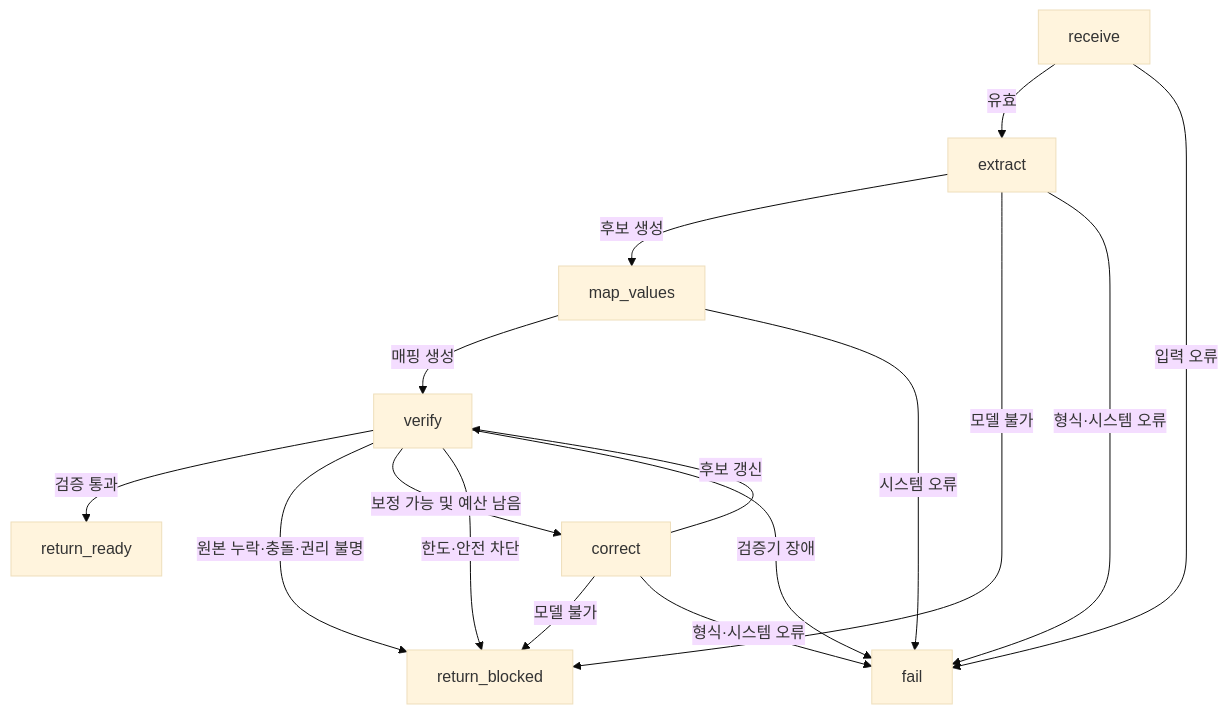
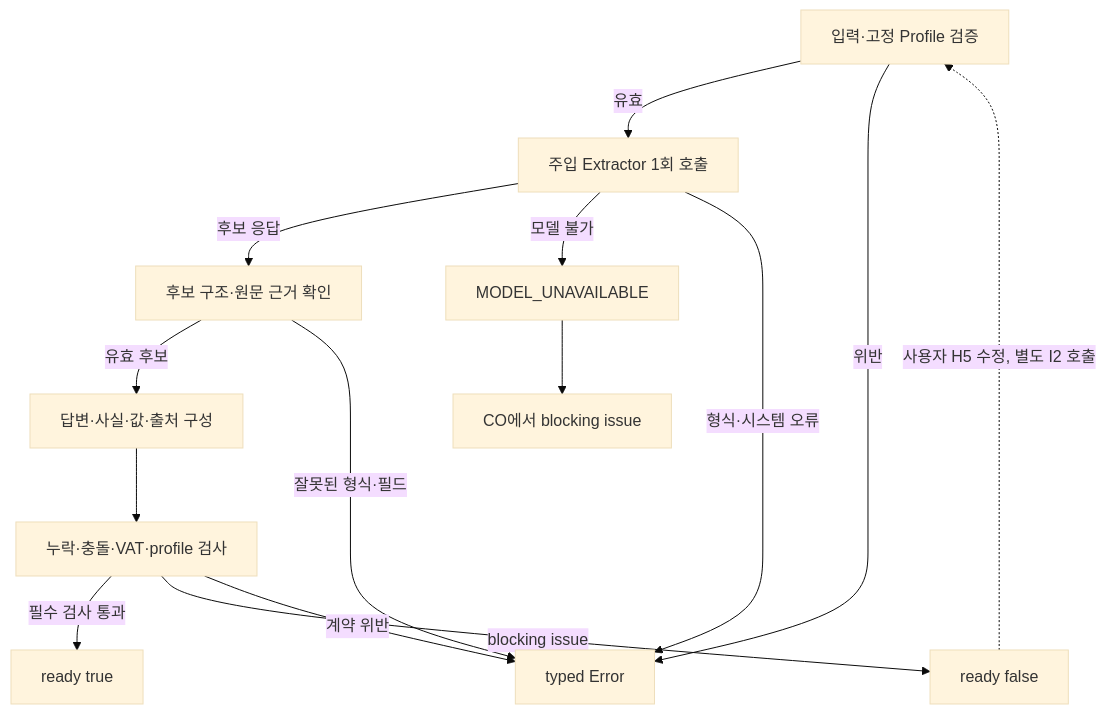
One commit to ik-e/chaja-you changed the diagram in docs/step3/단일에이전트_상태전이그래프_설계서.md. Above: the diagram before and after it, drawn with Mermaid (base theme). The commit also changed other lines of this file and 6 other files, not shown here.

````diff
--- a/docs/step3/단일에이전트_상태전이그래프_설계서.md
+++ b/docs/step3/단일에이전트_상태전이그래프_설계서.md
@@ -15,18 +15,16 @@
-```mermaid
+ ```mermaid
 flowchart TD
- A[receive] -->|유효| B[extract]
- A -->|입력 오류| X[fail]
- B -->|후보 생성| C[map_values]
- B -->|모델 불가| Q[return_blocked]
+ A[입력·고정 Profile 검증] -->|유효| B[주입 Extractor 1회 호출]
+ A -->|위반| X[typed Error]
+ B -->|후보 응답| C[후보 구조·원문 근거 확인]
+ B -->|모델 불가| M[MODEL_UNAVAILABLE]
  B -->|형식·시스템 오류| X
- C -->|매핑 생성| D[verify]
- C -->|시스템 오류| X
- D -->|검증 통과| R[return_ready]
- D -->|원본 누락·충돌·권리 불명| Q
- D -->|보정 가능 및 예산 남음| E[correct]
- D -->|한도·안전 차단| Q
- D -->|검증기 장애| X
- E -->|후보 갱신| D
- E -->|모델 불가| Q
- E -->|형식·시스템 오류| X
-```
+ M --> Q[CO에서 blocking issue]
+ C -->|유효 후보| D[답변·사실·값·출처 구성]
+ C -->|잘못된 형식·필드| X
+ D --> E[누락·충돌·VAT·profile 검사]
+ E -->|필수 검사 통과| R[ready true]
+ E -->|blocking issue| S[ready false]
+ E -->|계약 위반| X
+ S -.->|사용자 H5 수정, 별도 I2 호출| A
+ ```
````
